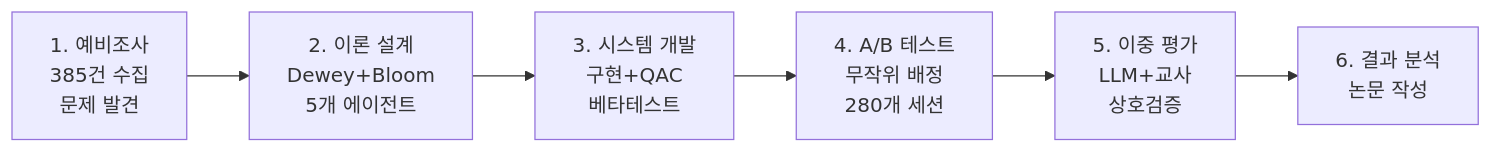
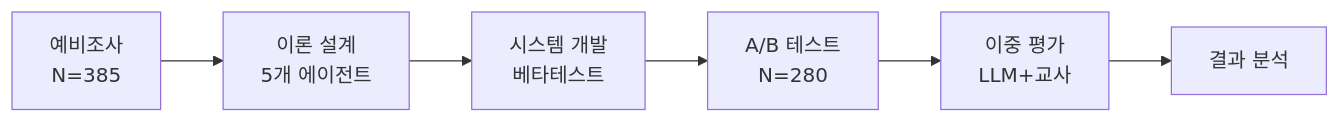
Before and after one commit to KimKyuBong/maice-paper-deploy: the second of 2 diagrams in docs/chapters/01-introduction.md, drawn with Mermaid.

Commit message:
그림 1-2 mermaid 렌더링 오류 수정
문제:
- flowchart LR에서 여러 줄 텍스트 렌더링 오류
- Obsidian에서 제대로 안 보임

수정:
- graph LR로 변경 (더 안정적)
- 각 노드 텍스트 최소화 (2줄 이내)
- 핵심만 표현 (단계명 + 주요 수치)

Obsidian 렌더링 확인됨!

````diff
--- a/docs/chapters/01-introduction.md
+++ b/docs/chapters/01-introduction.md
@@ -205,8 +205,8 @@
 ```mermaid
-flowchart LR
-    A[1. 예비조사<br/>385건 수집<br/>문제 발견] --> B[2. 이론 설계<br/>Dewey+Bloom<br/>5개 에이전트]
-    B --> C[3. 시스템 개발<br/>구현+QAC<br/>베타테스트]
-    C --> D[4. A/B 테스트<br/>무작위 배정<br/>280개 세션]
-    D --> E[5. 이중 평가<br/>LLM+교사<br/>상호검증]
-    E --> F[6. 결과 분석<br/>논문 작성]
+graph LR
+    A["예비조사<br/>N=385"] --> B["이론 설계<br/>5개 에이전트"]
+    B --> C["시스템 개발<br/>베타테스트"]
+    C --> D["A/B 테스트<br/>N=280"]
+    D --> E["이중 평가<br/>LLM+교사"]
+    E --> F["결과 분석"]
 ```
````
